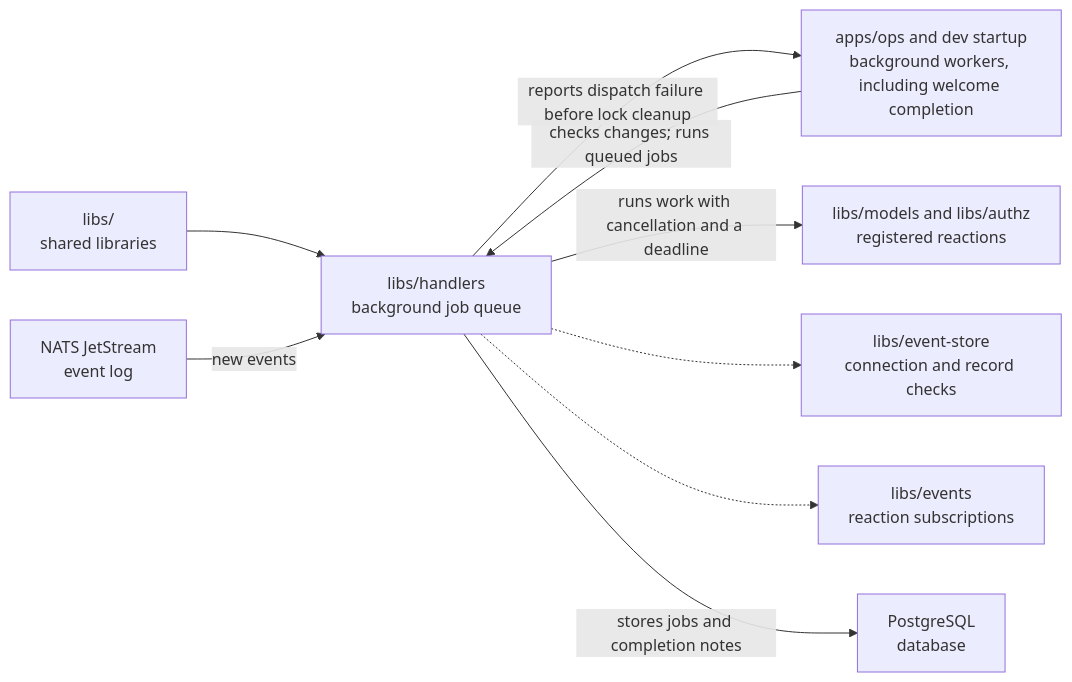
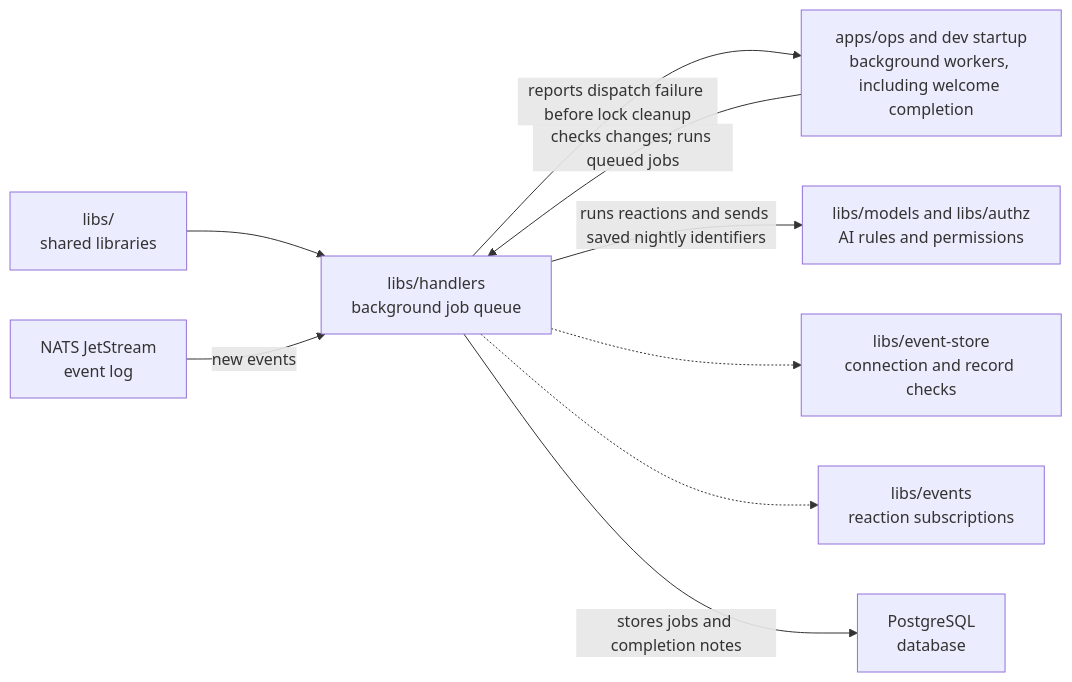
One commit to elewa-git/opencrane-new changed the diagram in libs/handlers/README.md. Above: the diagram before and after it, drawn with Mermaid. The commit also changed other lines of this file and 8 other files, not shown here.

````diff
--- a/libs/handlers/README.md
+++ b/libs/handlers/README.md
@@ -20,11 +21,11 @@
 ```mermaid
 flowchart LR
   parent["libs/<br/>shared libraries"] --> handlers["libs/handlers<br/>background job queue"]
   ops["apps/ops and dev startup<br/>background workers, including welcome completion"] -->|checks changes; runs queued jobs| handlers
   handlers -->|reports dispatch failure before lock cleanup| ops
   nats["NATS JetStream<br/>event log"] -->|new events| handlers
-  handlers -->|runs work with cancellation and a deadline| reactions["libs/models and libs/authz<br/>registered reactions"]
+  handlers -->|runs reactions and sends saved nightly identifiers| reactions["libs/models and libs/authz<br/>AI rules and permissions"]
   handlers -.-> store["libs/event-store<br/>connection and record checks"]
   handlers -.-> events["libs/events<br/>reaction subscriptions"]
   handlers -->|stores jobs and completion notes| pg["PostgreSQL<br/>database"]
 ```
````
